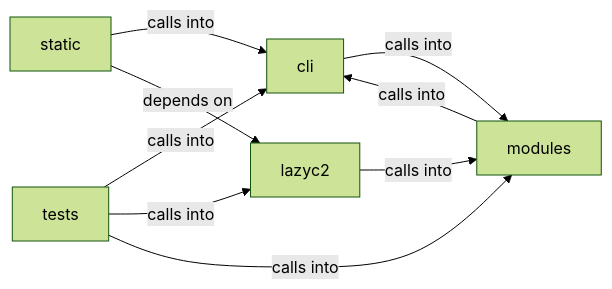
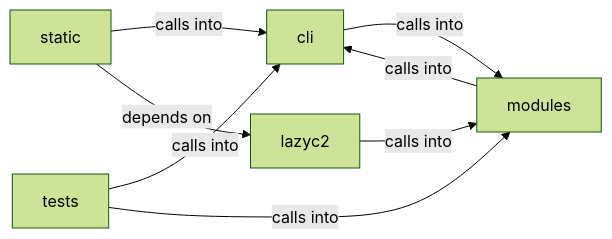
The diagram in readmenator-diagrams/cli_banner_config.md (grisuno/LazyOwn), drawn with Mermaid (forest theme) before and after one commit. The commit also changed other lines of this file and 325 other files, not shown here.

````diff
--- a/readmenator-diagrams/cli_banner_config.md
+++ b/readmenator-diagrams/cli_banner_config.md
@@ -5,16 +5,15 @@
 ```mermaid
 graph LR
     cli["cli"]
     lazyc2["lazyc2"]
     modules["modules"]
     static["static"]
     tests["tests"]
     cli -- "calls into" --> modules
     lazyc2 -- "calls into" --> modules
     modules -- "calls into" --> cli
     static -- "calls into" --> cli
     static -- "depends on" --> lazyc2
     tests -- "calls into" --> cli
-    tests -- "calls into" --> lazyc2
     tests -- "calls into" --> modules
 ```
````
